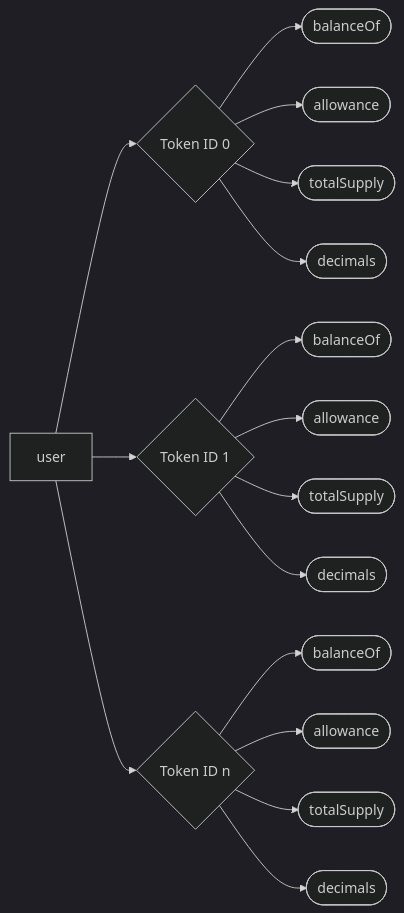
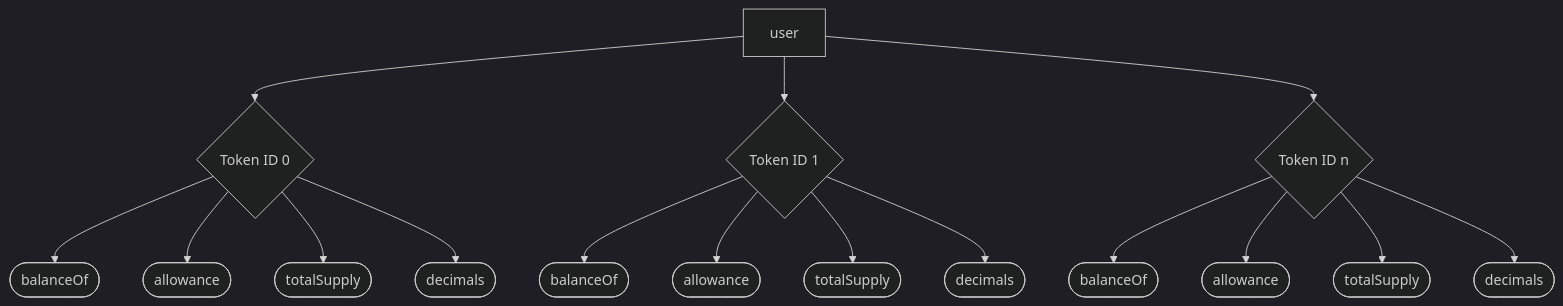
Before and after one commit to jtriley-eth/ERC-6909: the diagram in README.md, drawn with Mermaid (dark theme).

Commit message:
change visual layout

````diff
--- a/README.md
+++ b/README.md
@@ -5,21 +5,21 @@
 ```mermaid
-flowchart LR
+flowchart TD
     %% -- ERC6909 --
     user --> id0{Token ID 0}
     id0 --> bn([balanceOf])
     id0 --> an([allowance])
     id0 --> tsn([totalSupply])
     id0 --> dn([decimals])
 
     user --> idn1{Token ID 1}
     idn1 --> balanceOf1([balanceOf])
     idn1 --> allowance1([allowance])
     idn1 --> total_supply1([totalSupply])
     idn1 --> decimals1([decimals])
 
     user --> idn2{Token ID n}
     idn2 --> balanceOf([balanceOf])
     idn2 --> allowance([allowance])
     idn2 --> total_supply([totalSupply])
     idn2 --> decimals([decimals])
 ```
````
